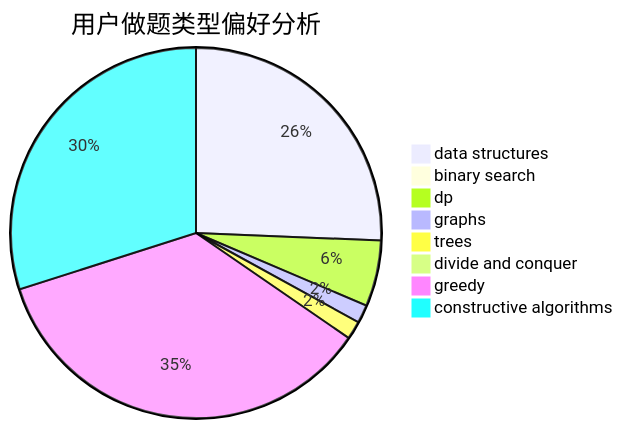
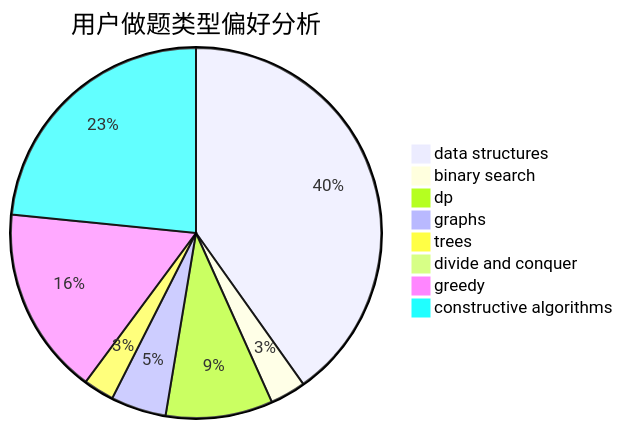
Before and after one commit to sherpahu/cfrs.github.io: the second of 3 diagrams in docs/user/u293.md, drawn with Mermaid. The commit also changed other lines of this file and 2770 other files, not shown here.

````diff
--- a/docs/user/u293.md
+++ b/docs/user/u293.md
@@ -23,11 +23,11 @@
 ```mermaid
 pie title 用户做题类型偏好分析
-    "data structures" :  258
-    "binary search" :  2
-    "dp" :  58
-    "graphs" :  16
-    "trees" :  16
+    "data structures" :  374
+    "binary search" :  29
+    "dp" :  87
+    "graphs" :  45
+    "trees" :  25
     "divide and conquer" :  0
-    "greedy" :  357
-    "constructive algorithms" :  301
+    "greedy" :  153
+    "constructive algorithms" :  218
 ```
````
